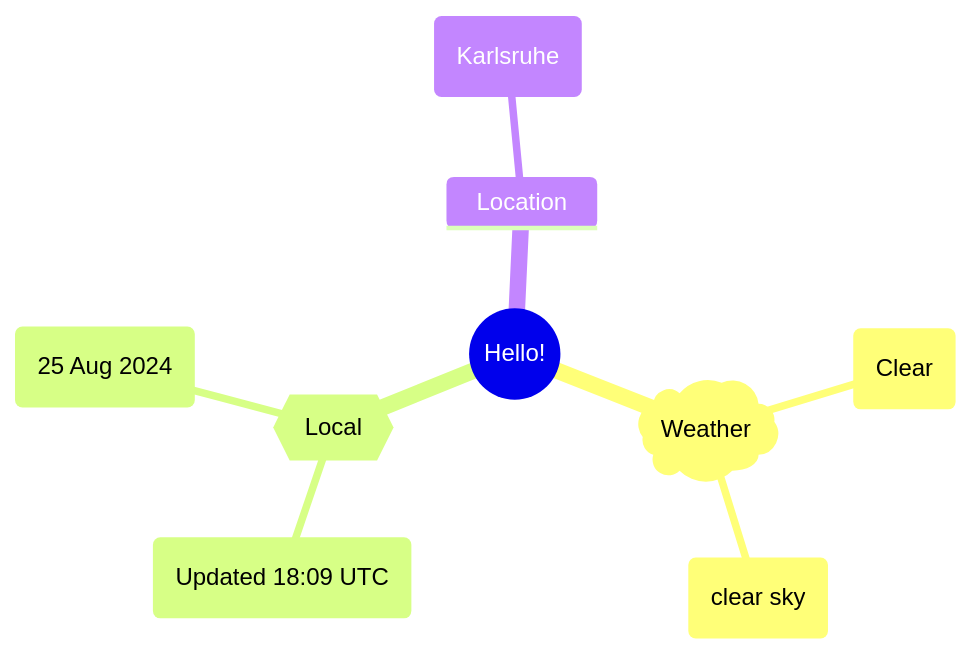
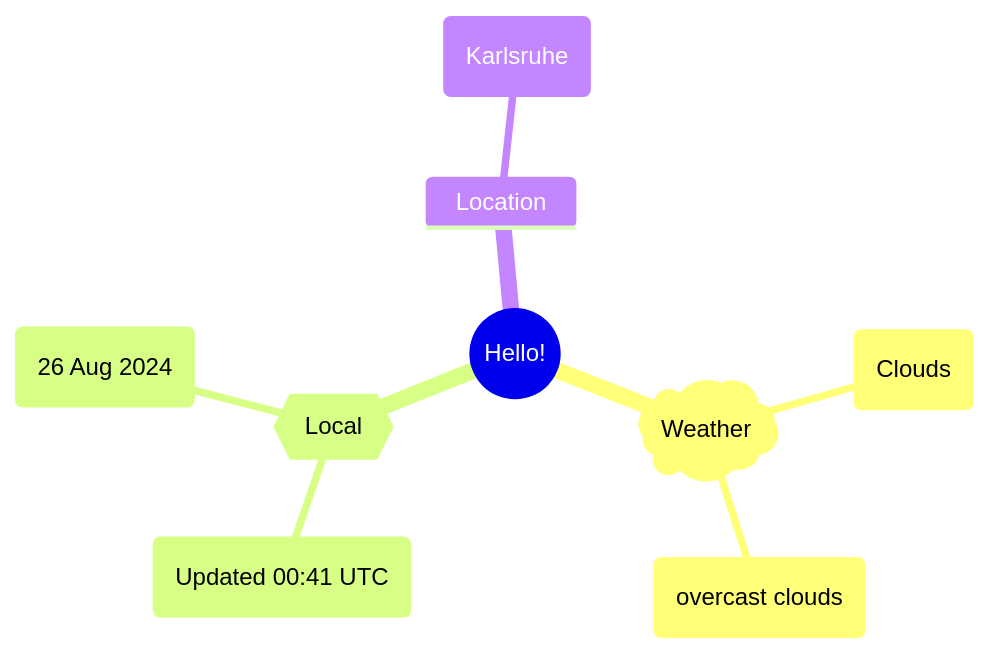
One commit to Xosrov/Xosrov changed the first of 2 diagrams in README.md. Above: the diagram before and after it, drawn with Mermaid.

Commit message:
[bot] updated images

````diff
--- a/README.md
+++ b/README.md
@@ -3,12 +3,12 @@
 ```mermaid
 mindmap
   root((Hello!))
     )Weather(
-        (Clear)
-        (clear sky)
+        (Clouds)
+        (overcast clouds)
     {{Local}}
-        (Updated 18:09 UTC)
-        (25 Aug 2024)
+        (Updated 00:41 UTC)
+        (26 Aug 2024)
     Location
         (Karlsruhe)
 ```
````
